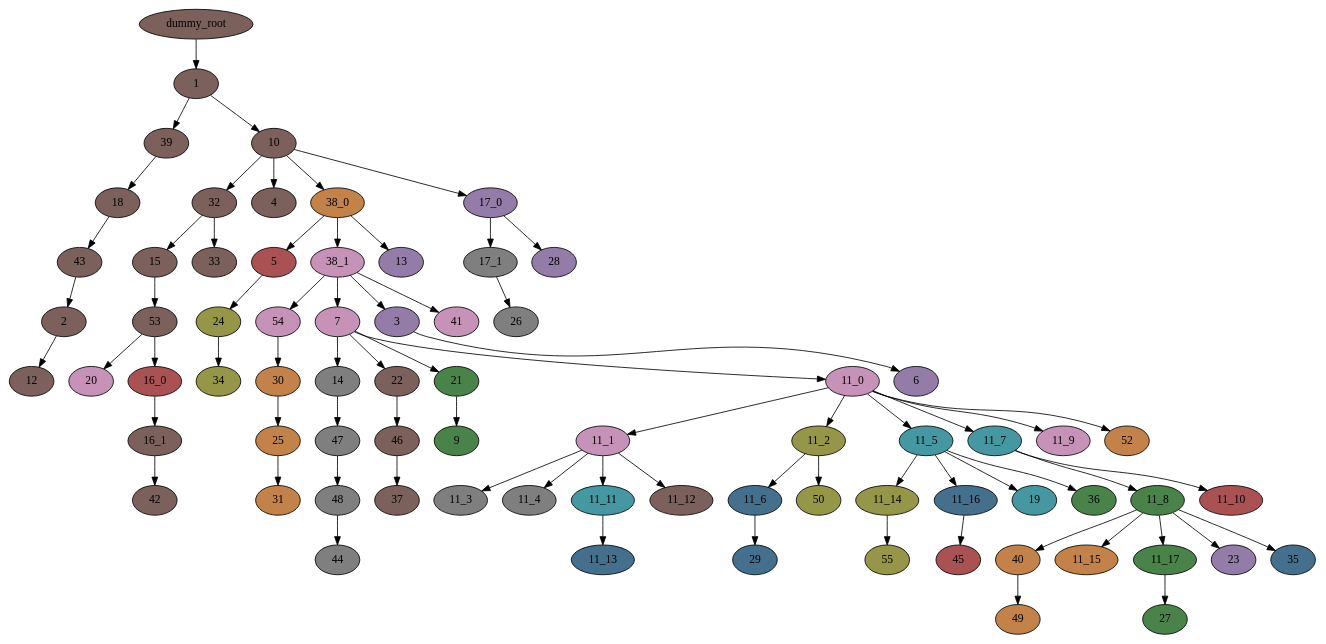
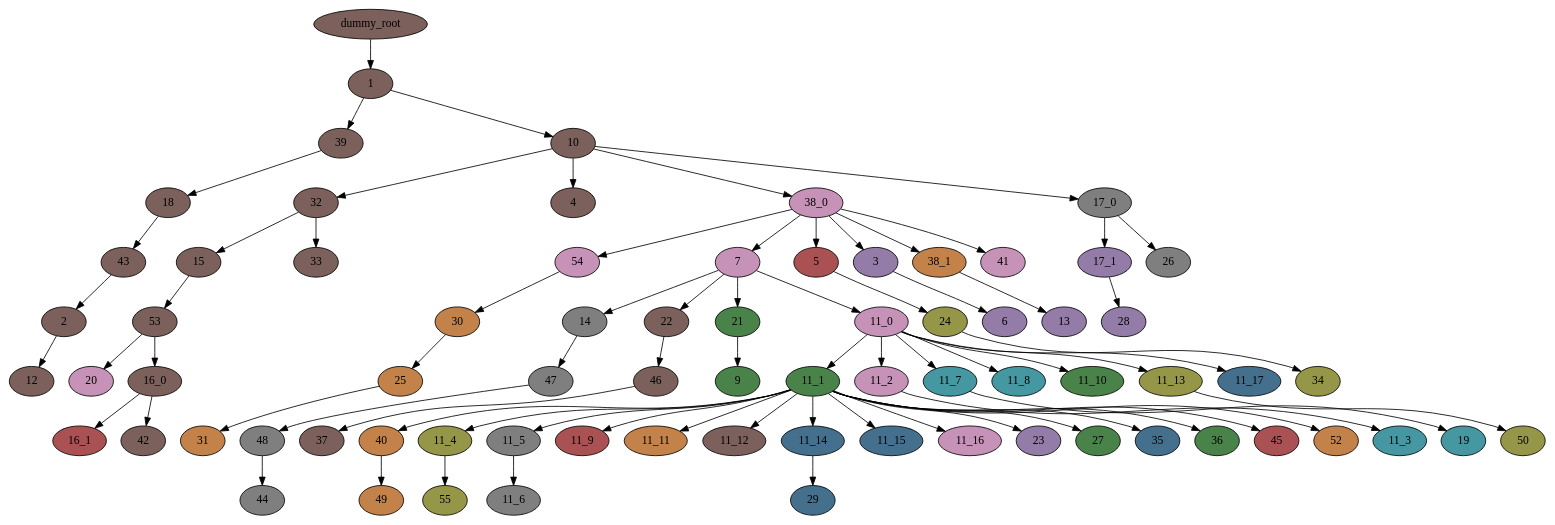
Before and after one commit to noahcape/pmh-rp: the diagram in trees/CRUKP3581/tlp/tlp_output_colored_tree.dot, drawn with Graphviz. The commit also changed 255 other files, not shown here.

```diff
--- a/trees/CRUKP3581/tlp/tlp_output_colored_tree.dot
+++ b/trees/CRUKP3581/tlp/tlp_output_colored_tree.dot
@@ -1,149 +1,149 @@
 digraph T {
 	"39" [fillcolor="#7b605b", style=filled];
 	"18" [fillcolor="#7b605b", style=filled];
 	"43" [fillcolor="#7b605b", style=filled];
 	"1" [fillcolor="#7b605b", style=filled];
 	"10" [fillcolor="#7b605b", style=filled];
 	"32" [fillcolor="#7b605b", style=filled];
 	"4" [fillcolor="#7b605b", style=filled];
-	"38_0" [fillcolor="#c2824a", style=filled];
-	"17_0" [fillcolor="#937ca7", style=filled];
+	"38_0" [fillcolor="#c792b7", style=filled];
+	"17_0" [fillcolor="#7f7f7f", style=filled];
 	"15" [fillcolor="#7b605b", style=filled];
 	"33" [fillcolor="#7b605b", style=filled];
 	"53" [fillcolor="#7b605b", style=filled];
 	"54" [fillcolor="#c792b7", style=filled];
 	"30" [fillcolor="#c2824a", style=filled];
 	"7" [fillcolor="#c792b7", style=filled];
 	"14" [fillcolor="#7f7f7f", style=filled];
 	"22" [fillcolor="#7b605b", style=filled];
 	"21" [fillcolor="#498349", style=filled];
 	"11_0" [fillcolor="#c792b7", style=filled];
 	"47" [fillcolor="#7f7f7f", style=filled];
 	"2" [fillcolor="#7b605b", style=filled];
 	"25" [fillcolor="#c2824a", style=filled];
 	"5" [fillcolor="#aa5253", style=filled];
 	"24" [fillcolor="#959648", style=filled];
 	"46" [fillcolor="#7b605b", style=filled];
 	"20" [fillcolor="#c792b7", style=filled];
-	"16_0" [fillcolor="#aa5253", style=filled];
+	"16_0" [fillcolor="#7b605b", style=filled];
 	"48" [fillcolor="#7f7f7f", style=filled];
 	"3" [fillcolor="#937ca7", style=filled];
 	"6" [fillcolor="#937ca7", style=filled];
 	"9" [fillcolor="#498349", style=filled];
 	"12" [fillcolor="#7b605b", style=filled];
 	"31" [fillcolor="#c2824a", style=filled];
 	"34" [fillcolor="#959648", style=filled];
 	"37" [fillcolor="#7b605b", style=filled];
 	"44" [fillcolor="#7f7f7f", style=filled];
 	"40" [fillcolor="#c2824a", style=filled];
 	"49" [fillcolor="#c2824a", style=filled];
-	"38_1" [fillcolor="#c792b7", style=filled];
+	"38_1" [fillcolor="#c2824a", style=filled];
+	"41" [fillcolor="#c792b7", style=filled];
 	"13" [fillcolor="#937ca7", style=filled];
-	"41" [fillcolor="#c792b7", style=filled];
-	"11_1" [fillcolor="#c792b7", style=filled];
-	"11_2" [fillcolor="#959648", style=filled];
-	"11_5" [fillcolor="#4598a1", style=filled];
+	"11_1" [fillcolor="#498349", style=filled];
+	"11_2" [fillcolor="#c792b7", style=filled];
 	"11_7" [fillcolor="#4598a1", style=filled];
-	"11_9" [fillcolor="#c792b7", style=filled];
+	"11_8" [fillcolor="#4598a1", style=filled];
+	"11_10" [fillcolor="#498349", style=filled];
+	"11_13" [fillcolor="#959648", style=filled];
+	"11_17" [fillcolor="#44708e", style=filled];
+	"11_4" [fillcolor="#959648", style=filled];
+	"11_5" [fillcolor="#7f7f7f", style=filled];
+	"11_9" [fillcolor="#aa5253", style=filled];
+	"11_11" [fillcolor="#c2824a", style=filled];
+	"11_12" [fillcolor="#7b605b", style=filled];
+	"11_14" [fillcolor="#44708e", style=filled];
+	"11_15" [fillcolor="#44708e", style=filled];
+	"11_16" [fillcolor="#c792b7", style=filled];
+	"23" [fillcolor="#937ca7", style=filled];
+	"27" [fillcolor="#498349", style=filled];
+	"35" [fillcolor="#44708e", style=filled];
+	"36" [fillcolor="#498349", style=filled];
+	"45" [fillcolor="#aa5253", style=filled];
 	"52" [fillcolor="#c2824a", style=filled];
-	"11_3" [fillcolor="#7f7f7f", style=filled];
-	"11_4" [fillcolor="#7f7f7f", style=filled];
-	"11_11" [fillcolor="#4598a1", style=filled];
-	"11_12" [fillcolor="#7b605b", style=filled];
-	"11_6" [fillcolor="#44708e", style=filled];
+	"11_3" [fillcolor="#4598a1", style=filled];
+	"55" [fillcolor="#959648", style=filled];
+	"11_6" [fillcolor="#7f7f7f", style=filled];
+	"19" [fillcolor="#4598a1", style=filled];
 	"50" [fillcolor="#959648", style=filled];
-	"11_14" [fillcolor="#959648", style=filled];
-	"11_16" [fillcolor="#44708e", style=filled];
-	"19" [fillcolor="#4598a1", style=filled];
-	"36" [fillcolor="#498349", style=filled];
 	"29" [fillcolor="#44708e", style=filled];
-	"11_8" [fillcolor="#498349", style=filled];
-	"11_10" [fillcolor="#aa5253", style=filled];
-	"11_15" [fillcolor="#c2824a", style=filled];
-	"11_17" [fillcolor="#498349", style=filled];
-	"23" [fillcolor="#937ca7", style=filled];
-	"35" [fillcolor="#44708e", style=filled];
-	"11_13" [fillcolor="#44708e", style=filled];
-	"55" [fillcolor="#959648", style=filled];
-	"45" [fillcolor="#aa5253", style=filled];
-	"27" [fillcolor="#498349", style=filled];
-	"17_1" [fillcolor="#7f7f7f", style=filled];
+	"17_1" [fillcolor="#937ca7", style=filled];
+	"26" [fillcolor="#7f7f7f", style=filled];
 	"28" [fillcolor="#937ca7", style=filled];
-	"26" [fillcolor="#7f7f7f", style=filled];
-	"16_1" [fillcolor="#7b605b", style=filled];
+	"16_1" [fillcolor="#aa5253", style=filled];
 	"42" [fillcolor="#7b605b", style=filled];
 	"dummy_root" [fillcolor="#7b605b", style=filled];
 	"39" -> "18";
 	"18" -> "43";
 	"43" -> "2";
 	"1" -> "10";
 	"1" -> "39";
 	"10" -> "32";
 	"10" -> "4";
 	"10" -> "38_0";
 	"10" -> "17_0";
 	"32" -> "15";
 	"32" -> "33";
 	"38_0" -> "38_1";
+	"38_0" -> "54";
+	"38_0" -> "7";
 	"38_0" -> "5";
-	"38_0" -> "13";
+	"38_0" -> "3";
+	"38_0" -> "41";
 	"17_0" -> "17_1";
-	"17_0" -> "28";
+	"17_0" -> "26";
 	"15" -> "53";
 	"53" -> "20";
 	"53" -> "16_0";
 	"54" -> "30";
 	"30" -> "25";
 	"7" -> "14";
 	"7" -> "22";
 	"7" -> "21";
 	"7" -> "11_0";
 	"14" -> "47";
 	"22" -> "46";
 	"21" -> "9";
 	"11_0" -> "11_1";
 	"11_0" -> "11_2";
-	"11_0" -> "11_5";
 	"11_0" -> "11_7";
-	"11_0" -> "11_9";
-	"11_0" -> "52";
+	"11_0" -> "11_8";
+	"11_0" -> "11_10";
+	"11_0" -> "11_13";
+	"11_0" -> "11_17";
 	"47" -> "48";
 	"2" -> "12";
 	"25" -> "31";
 	"5" -> "24";
 	"24" -> "34";
 	"46" -> "37";
 	"16_0" -> "16_1";
+	"16_0" -> "42";
 	"48" -> "44";
 	"3" -> "6";
 	"40" -> "49";
-	"38_1" -> "54";
-	"38_1" -> "7";
-	"38_1" -> "3";
-	"38_1" -> "41";
-	"11_1" -> "11_3";
+	"38_1" -> "13";
 	"11_1" -> "11_4";
+	"11_1" -> "11_5";
+	"11_1" -> "11_9";
 	"11_1" -> "11_11";
 	"11_1" -> "11_12";
-	"11_2" -> "11_6";
-	"11_2" -> "50";
-	"11_5" -> "11_14";
-	"11_5" -> "11_16";
-	"11_5" -> "19";
-	"11_5" -> "36";
-	"11_7" -> "11_8";
-	"11_7" -> "11_10";
-	"11_11" -> "11_13";
-	"11_6" -> "29";
-	"11_14" -> "55";
-	"11_16" -> "45";
-	"11_8" -> "11_15";
-	"11_8" -> "11_17";
-	"11_8" -> "40";
-	"11_8" -> "23";
-	"11_8" -> "35";
-	"11_17" -> "27";
-	"17_1" -> "26";
-	"16_1" -> "42";
+	"11_1" -> "11_14";
+	"11_1" -> "11_15";
+	"11_1" -> "11_16";
+	"11_1" -> "40";
+	"11_1" -> "23";
+	"11_1" -> "27";
+	"11_1" -> "35";
+	"11_1" -> "36";
+	"11_1" -> "45";
+	"11_1" -> "52";
+	"11_2" -> "11_3";
+	"11_7" -> "19";
+	"11_13" -> "50";
+	"11_4" -> "55";
+	"11_5" -> "11_6";
+	"11_14" -> "29";
+	"17_1" -> "28";
 	"dummy_root" -> "1";
 }
```
